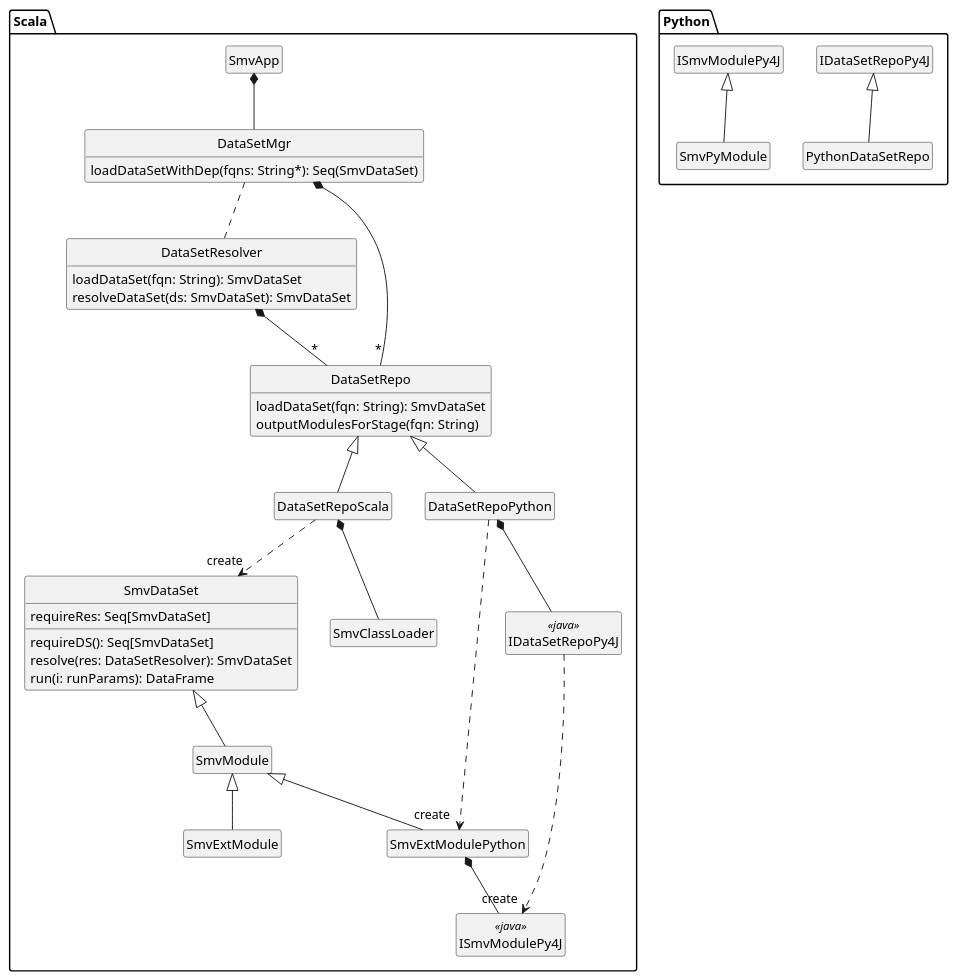
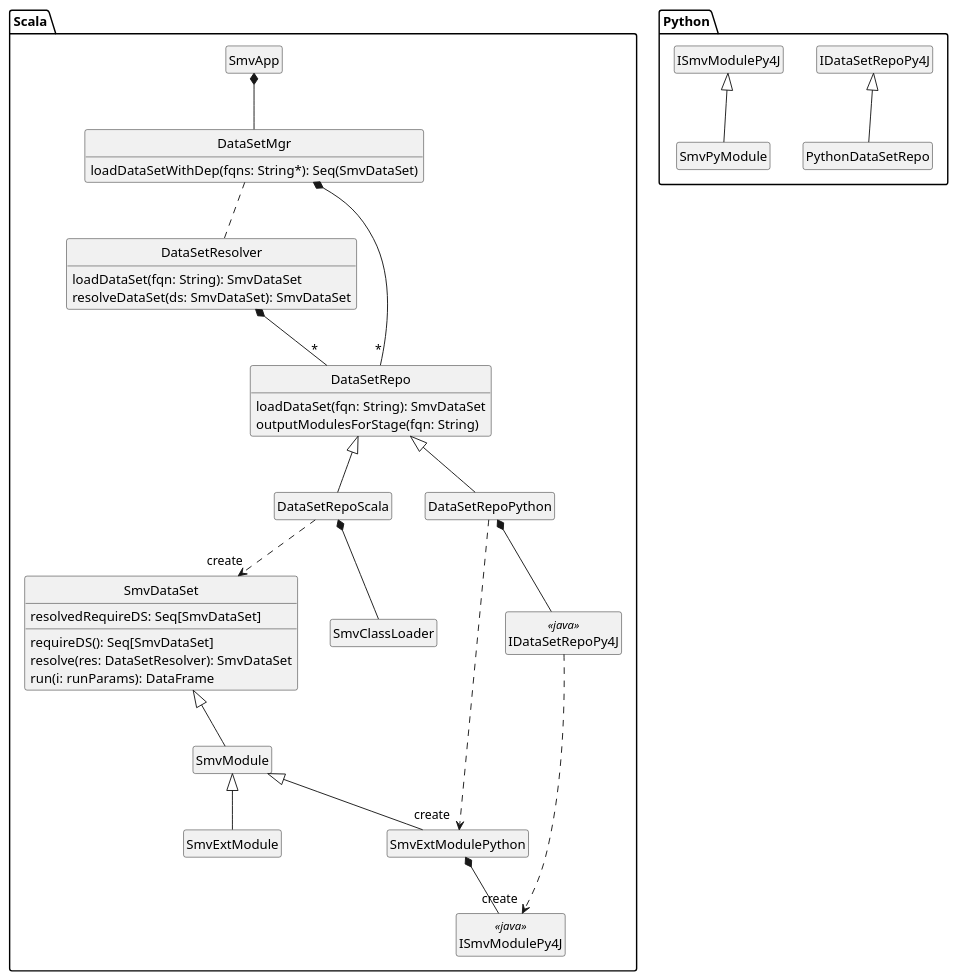
Before and after one commit to TresAmigosSD/SMV: the diagram in docs/design/DataSetMgr/DataSetMgr_class.puml, drawn with PlantUML.

```diff
--- a/docs/design/DataSetMgr/DataSetMgr_class.puml
+++ b/docs/design/DataSetMgr/DataSetMgr_class.puml
@@ -1,53 +1,53 @@
 @startuml
 
 hide empty methods
 hide empty fields
 hide circle
 
 package Scala {
   class SmvApp
   class DataSetMgr {
     loadDataSetWithDep(fqns: String*): Seq(SmvDataSet)
   }
   class DataSetResolver {
     loadDataSet(fqn: String): SmvDataSet
     resolveDataSet(ds: SmvDataSet): SmvDataSet
   }
   class DataSetRepo {
     loadDataSet(fqn: String): SmvDataSet
     outputModulesForStage(fqn: String)
   }
   together {
     class DataSetRepoScala extends DataSetRepo
     class DataSetRepoPython extends DataSetRepo
   }
   class IDataSetRepoPy4J <<java>>
   class SmvDataSet {
     requireDS(): Seq[SmvDataSet]
     resolve(res: DataSetResolver): SmvDataSet
     run(i: runParams): DataFrame
-    requireRes: Seq[SmvDataSet]
+    resolvedRequireDS: Seq[SmvDataSet]
   }
   class SmvModule extends SmvDataSet
   class SmvExtModule extends SmvModule
   class SmvExtModulePython extends SmvModule
   class ISmvModulePy4J <<java>>
 
   SmvApp *-- DataSetMgr
   DataSetMgr .. DataSetResolver
   DataSetMgr *-- "*" DataSetRepo
   DataSetResolver *-- "*"   DataSetRepo
   DataSetRepoScala ..> "create " SmvDataSet
   DataSetRepoScala *-- SmvClassLoader
   SmvExtModulePython *-- ISmvModulePy4J
   DataSetRepoPython *-- IDataSetRepoPy4J
   DataSetRepoPython ..> "create " SmvExtModulePython
   IDataSetRepoPy4J ..> "create " ISmvModulePy4J
 }
 
 package Python {
   class PythonDataSetRepo extends IDataSetRepoPy4J
   class SmvPyModule extends ISmvModulePy4J
 }
 
 @enduml
```
